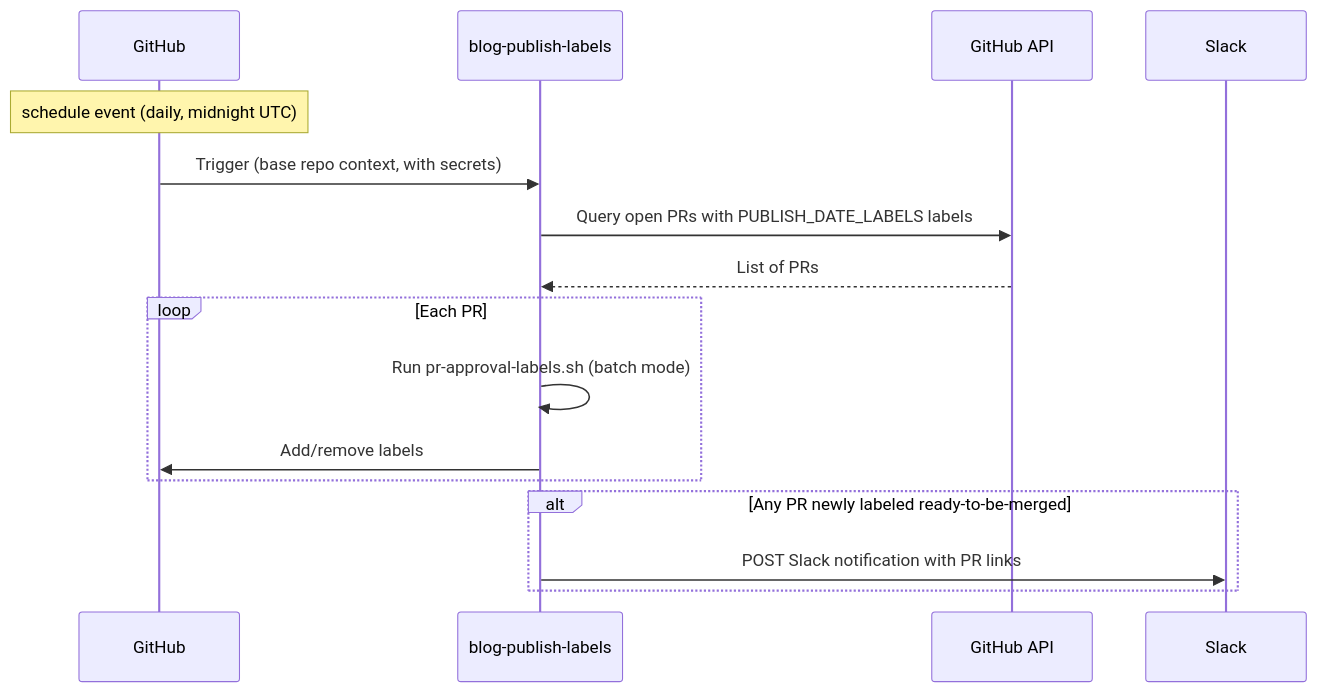
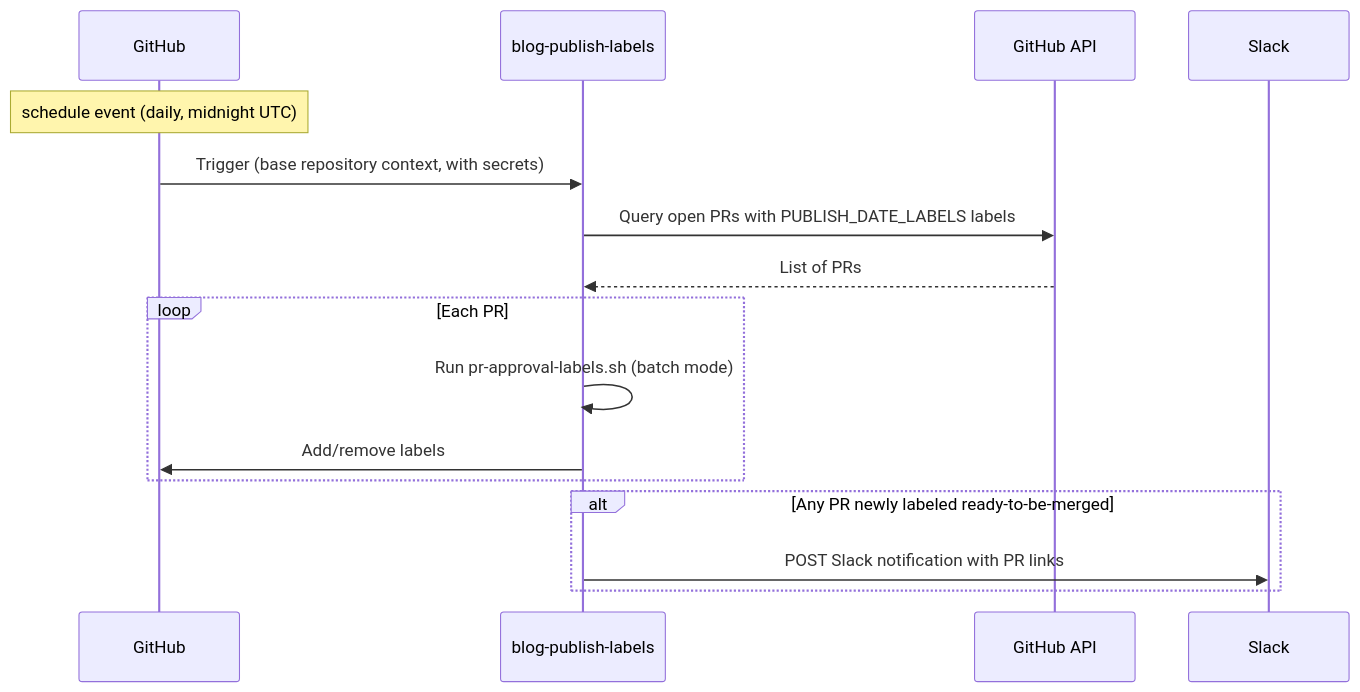
Before and after one commit to open-telemetry/opentelemetry.io: the third of 3 diagrams in content/en/site/build/ci-workflows.md, drawn with Mermaid. The commit also changed other lines of this file, not shown here.

````diff
--- a/content/en/site/build/ci-workflows.md
+++ b/content/en/site/build/ci-workflows.md
@@ -186,20 +187,20 @@
 ```mermaid
 sequenceDiagram
     participant GH as GitHub
     participant B as blog-publish-labels
     participant API as GitHub API
     participant S as Slack
 
     Note over GH: schedule event (daily, midnight UTC)
 
-    GH->>B: Trigger (base repo context, with secrets)
+    GH->>B: Trigger (base repository context, with secrets)
     B->>API: Query open PRs with PUBLISH_DATE_LABELS labels
     API-->>B: List of PRs
     loop Each PR
         B->>B: Run pr-approval-labels.sh (batch mode)
         B->>GH: Add/remove labels
     end
     alt Any PR newly labeled ready-to-be-merged
         B->>S: POST Slack notification with PR links
     end
 ```
````
